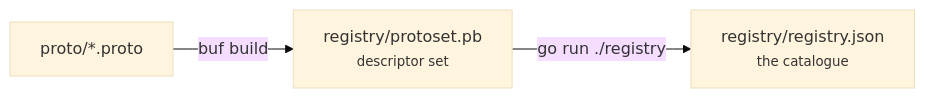
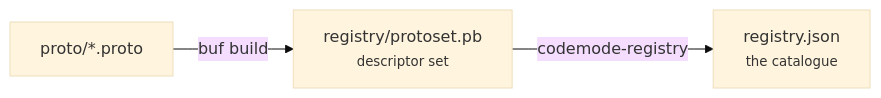
Before and after one commit to mukezhz/codemode: the first of 2 diagrams in docs/content/capabilities.md, drawn with Mermaid (base theme). The commit also changed other lines of this file and 42 other files, not shown here.

````diff
--- a/docs/content/capabilities.md
+++ b/docs/content/capabilities.md
@@ -95,5 +96,5 @@
 ```mermaid
 flowchart LR
   proto["proto/*.proto"] -->|buf build| pb["registry/protoset.pb<br/><small>descriptor set</small>"]
-  pb -->|go run ./registry| json["registry/registry.json<br/><small>the catalogue</small>"]
+  pb -->|codemode-registry| json["registry.json<br/><small>the catalogue</small>"]
 ```
````
